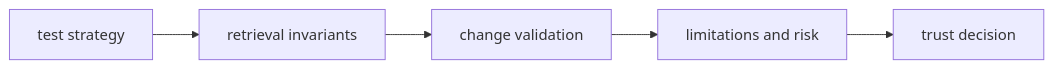
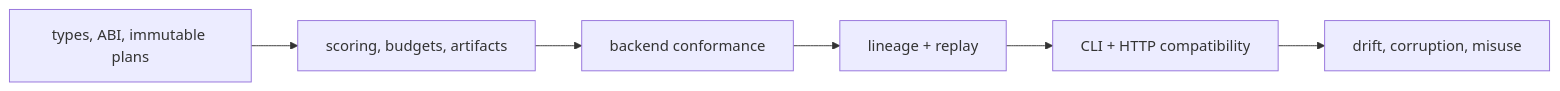
Before and after one commit to bijux/bijux-canon: the diagram in docs/03-bijux-canon-index/quality/index.md, drawn with Mermaid. The commit also changed other lines of this file and 2 other files, not shown here.

````diff
--- a/docs/03-bijux-canon-index/quality/index.md
+++ b/docs/03-bijux-canon-index/quality/index.md
@@ -16,10 +18,11 @@
 ```mermaid
 flowchart LR
-    strategy["test strategy"]
-    invariants["retrieval invariants"]
-    validation["change validation"]
-    limits["limitations and risk"]
-    trust["trust decision"]
+    core["types, ABI, immutable plans"]
+    domain["scoring, budgets, artifacts"]
+    adapter["backend conformance"]
+    provenance["lineage + replay"]
+    boundary["CLI + HTTP compatibility"]
+    adversarial["drift, corruption, misuse"]
 
-    strategy --> invariants --> validation --> limits --> trust
+    core --> domain --> adapter --> provenance --> boundary --> adversarial
 ```
````
